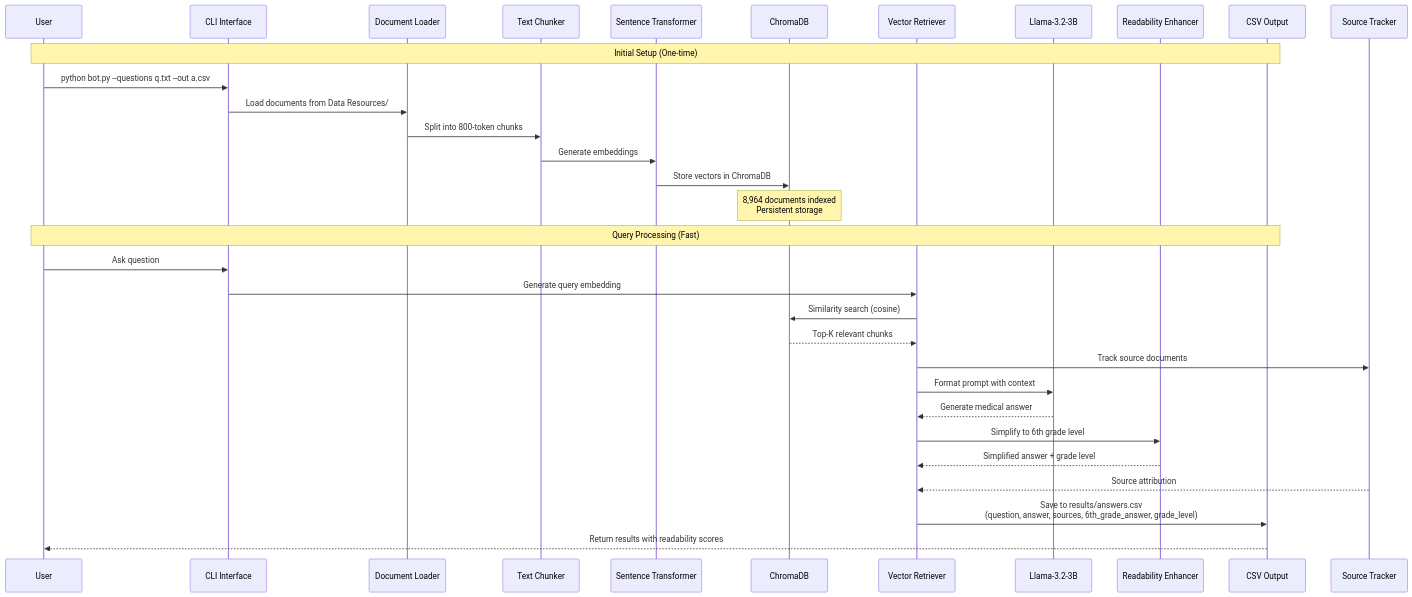
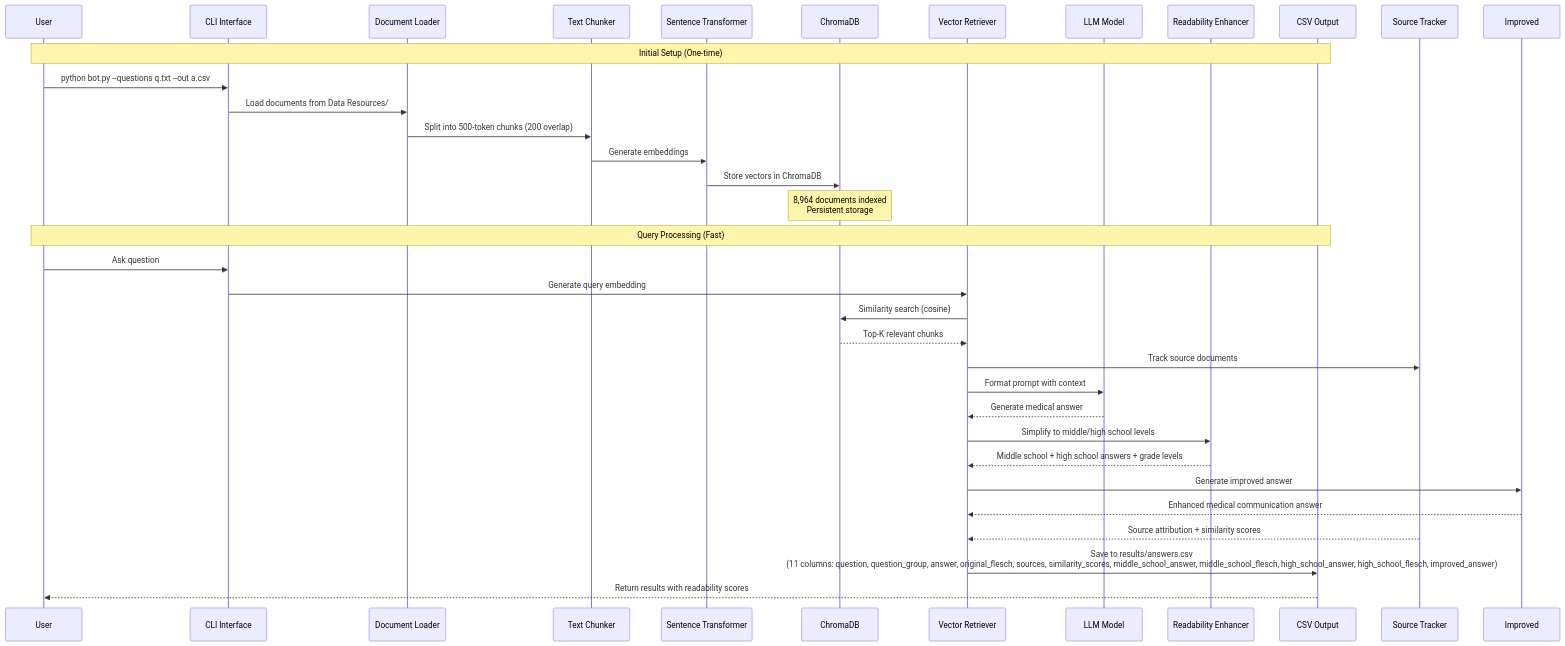
Before and after one commit to uclamii/CGT-LLM-Beta: the second of 2 diagrams in README.md, drawn with Mermaid. The commit also changed other lines of this file, not shown here.

````diff
--- a/README.md
+++ b/README.md
@@ -411,36 +436,38 @@
 ```mermaid
 sequenceDiagram
     participant User
     participant CLI as CLI Interface
     participant Loader as Document Loader
     participant Chunker as Text Chunker
     participant Embedder as Sentence Transformer
     participant DB as ChromaDB
     participant Retriever as Vector Retriever
-    participant LLM as Llama-3.2-3B
+    participant LLM as LLM Model
     participant Readability as Readability Enhancer
     participant Output as CSV Output
     participant Sources as Source Tracker
     
     Note over User,Output: Initial Setup (One-time)
     User->>CLI: python bot.py --questions q.txt --out a.csv
     CLI->>Loader: Load documents from Data Resources/
-    Loader->>Chunker: Split into 800-token chunks
+    Loader->>Chunker: Split into 500-token chunks (200 overlap)
     Chunker->>Embedder: Generate embeddings
     Embedder->>DB: Store vectors in ChromaDB
     Note over DB: 8,964 documents indexed<br/>Persistent storage
     
     Note over User,Output: Query Processing (Fast)
     User->>CLI: Ask question
     CLI->>Retriever: Generate query embedding
     Retriever->>DB: Similarity search (cosine)
     DB-->>Retriever: Top-K relevant chunks
     Retriever->>Sources: Track source documents
     Retriever->>LLM: Format prompt with context
     LLM-->>Retriever: Generate medical answer
-    Retriever->>Readability: Simplify to 6th grade level
-    Readability-->>Retriever: Simplified answer + grade level
-    Sources-->>Retriever: Source attribution
-    Retriever->>Output: Save to results/answers.csv<br/>(question, answer, sources, 6th_grade_answer, grade_level)
+        Retriever->>Readability: Simplify to middle/high school levels
+        Readability-->>Retriever: Middle school + high school answers + grade levels
+        Retriever->>Improved: Generate improved answer
+        Improved-->>Retriever: Enhanced medical communication answer
+        Sources-->>Retriever: Source attribution + similarity scores
+        Retriever->>Output: Save to results/answers.csv<br/>(11 columns: question, question_group, answer, original_flesch, sources, similarity_scores, middle_school_answer, middle_school_flesch, high_school_answer, high_school_flesch, improved_answer)
     Output-->>User: Return results with readability scores
 ```
````
